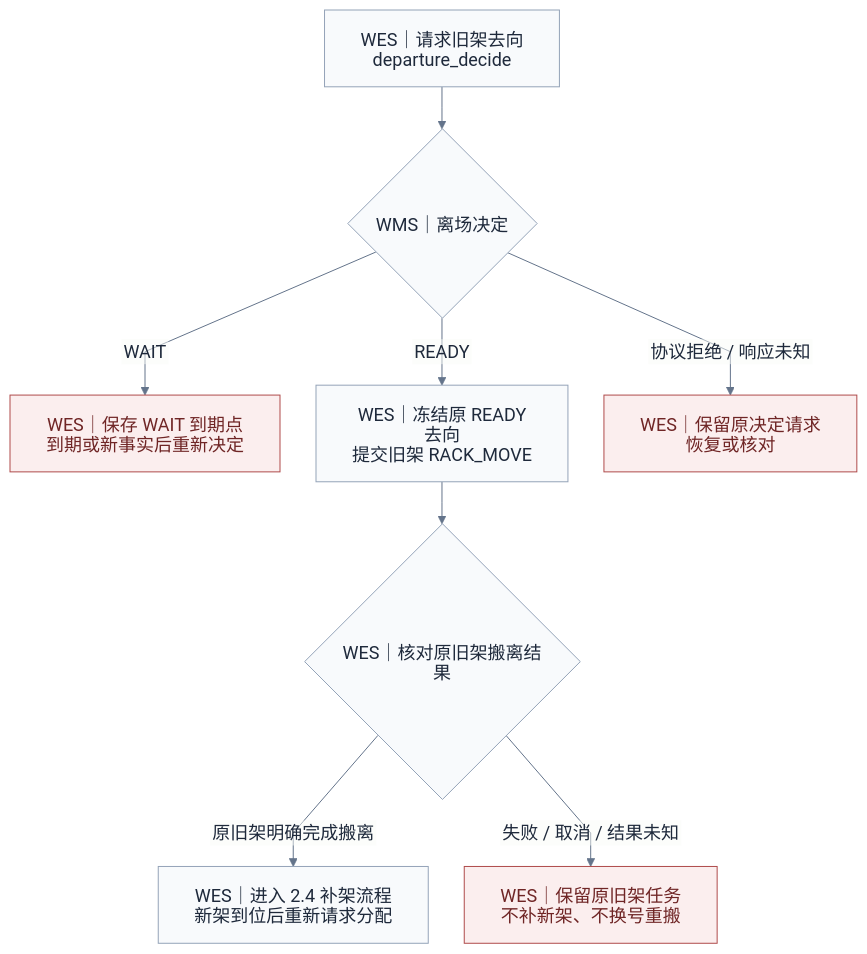
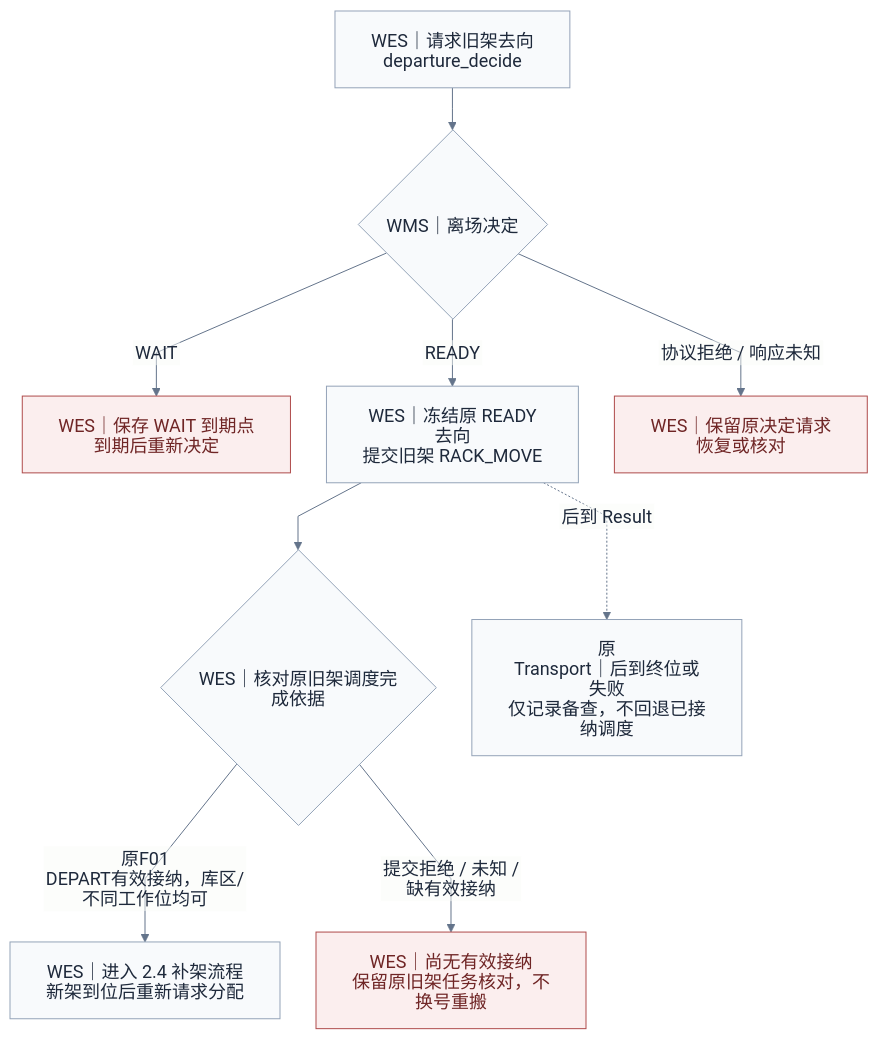
The fifth of 5 diagrams in docs/integrations/coarse-sorting-api-draft.md (kaizhoumasha/maintenance-admin), drawn with Mermaid before and after one commit. The commit also changed other lines of this file and 12 other files, not shown here.

````diff
--- a/docs/integrations/coarse-sorting-api-draft.md
+++ b/docs/integrations/coarse-sorting-api-draft.md
@@ -168,21 +177,23 @@
 ```mermaid
 %%{init: {"htmlLabels":false,"theme":"base","flowchart":{"htmlLabels":false,"padding":18,"nodeSpacing":36,"rankSpacing":42,"curve":"linear"},"themeVariables":{"fontFamily":"sans-serif","fontSize":"18px","primaryColor":"#f8fafc","primaryTextColor":"#1e293b","primaryBorderColor":"#94a3b8","lineColor":"#64748b"}}}%%
 flowchart TB
     request["WES｜请求旧架去向<br/>departure_decide"]
     decision{"WMS｜离场决定"}
-    wait["WES｜保存 WAIT 到期点<br/>到期或新事实后重新决定"]
+    wait["WES｜保存 WAIT 到期点<br/>到期后重新决定"]
     submit["WES｜冻结原 READY 去向<br/>提交旧架 RACK_MOVE"]
-    result{"WES｜核对原旧架搬离结果"}
+    result{"WES｜核对原旧架调度完成依据"}
     incoming["WES｜进入 2.4 补架流程<br/>新架到位后重新请求分配"]
     requestPending["WES｜保留原决定请求<br/>恢复或核对"]
-    movePending["WES｜保留原旧架任务<br/>不补新架、不换号重搬"]
+    movePending["WES｜尚无有效接纳<br/>保留原旧架任务核对，不换号重搬"]
+    landing["原 Transport｜后到终位或失败<br/>仅记录备查，不回退已接纳调度"]
     request --> decision
     decision -->|READY| submit
     decision -->|WAIT| wait
     decision -->|协议拒绝 / 响应未知| requestPending
     submit --> result
-    result -->|原旧架明确完成搬离| incoming
-    result -->|失败 / 取消 / 结果未知| movePending
+    result -->|原F01 DEPART有效接纳，库区/不同工作位均可| incoming
+    result -->|提交拒绝 / 未知 / 缺有效接纳| movePending
+    submit -.->|后到 Result| landing
     classDef pending fill:#fbeeee,stroke:#af4b4b,color:#6f2525
     class wait,requestPending,movePending pending
 ```
````
